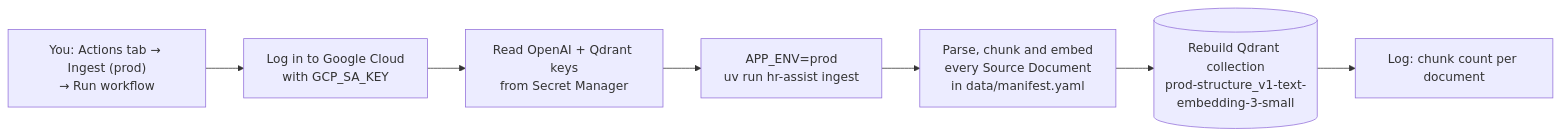
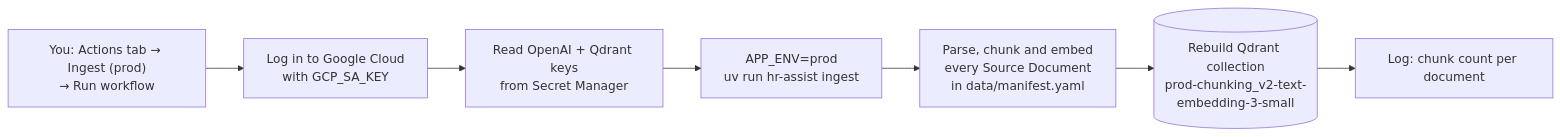
One commit to NaveenManjappa/hr-assist changed the fourth of 6 diagrams in docs/deployment.md. Above: the diagram before and after it, drawn with Mermaid. The commit also changed other lines of this file and 17 other files, not shown here.

````diff
--- a/docs/deployment.md
+++ b/docs/deployment.md
@@ -183,9 +183,9 @@
 ```mermaid
 flowchart LR
     A["You: Actions tab → Ingest (prod)<br/>→ Run workflow"] --> B[Log in to Google Cloud<br/>with GCP_SA_KEY]
     B --> C[Read OpenAI + Qdrant keys<br/>from Secret Manager]
     C --> D["APP_ENV=prod<br/>uv run hr-assist ingest"]
     D --> E[Parse, chunk and embed<br/>every Source Document<br/>in data/manifest.yaml]
-    E --> F[(Rebuild Qdrant collection<br/>prod-structure_v1-text-embedding-3-small)]
+    E --> F[(Rebuild Qdrant collection<br/>prod-chunking_v2-text-embedding-3-small)]
     F --> G[Log: chunk count per document]
 ```
````
